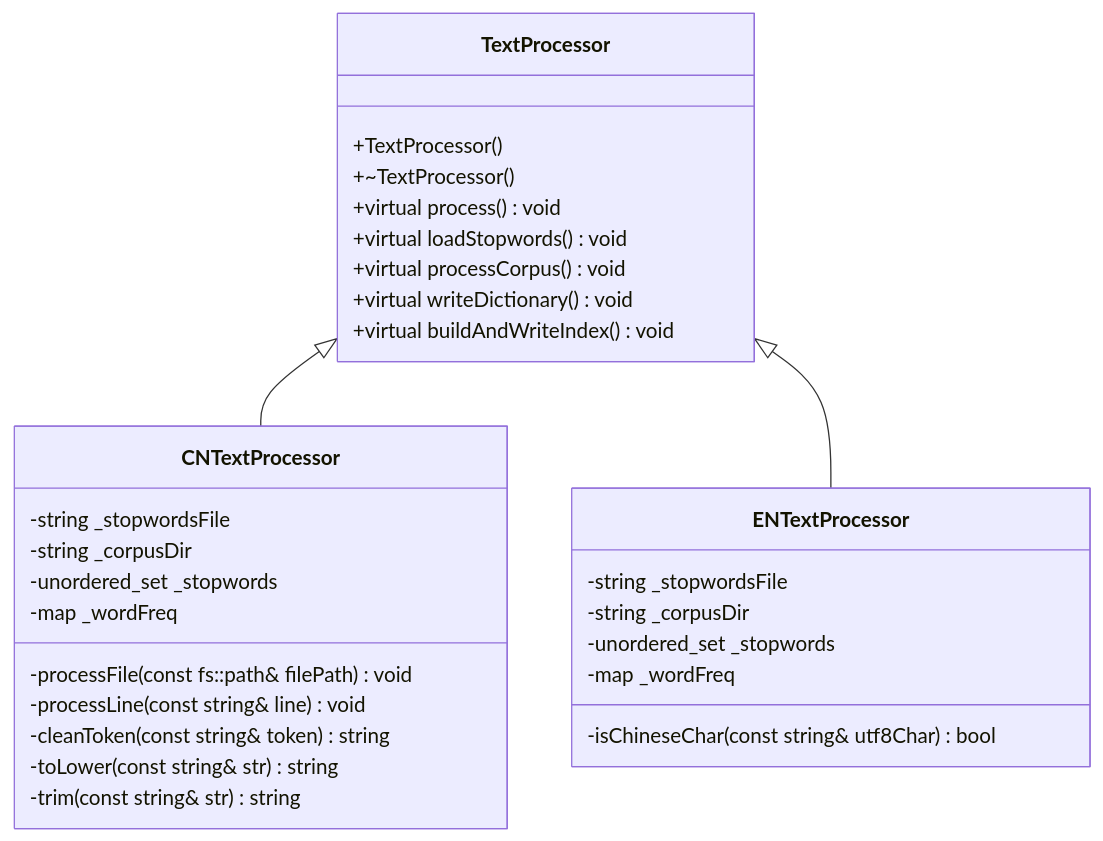
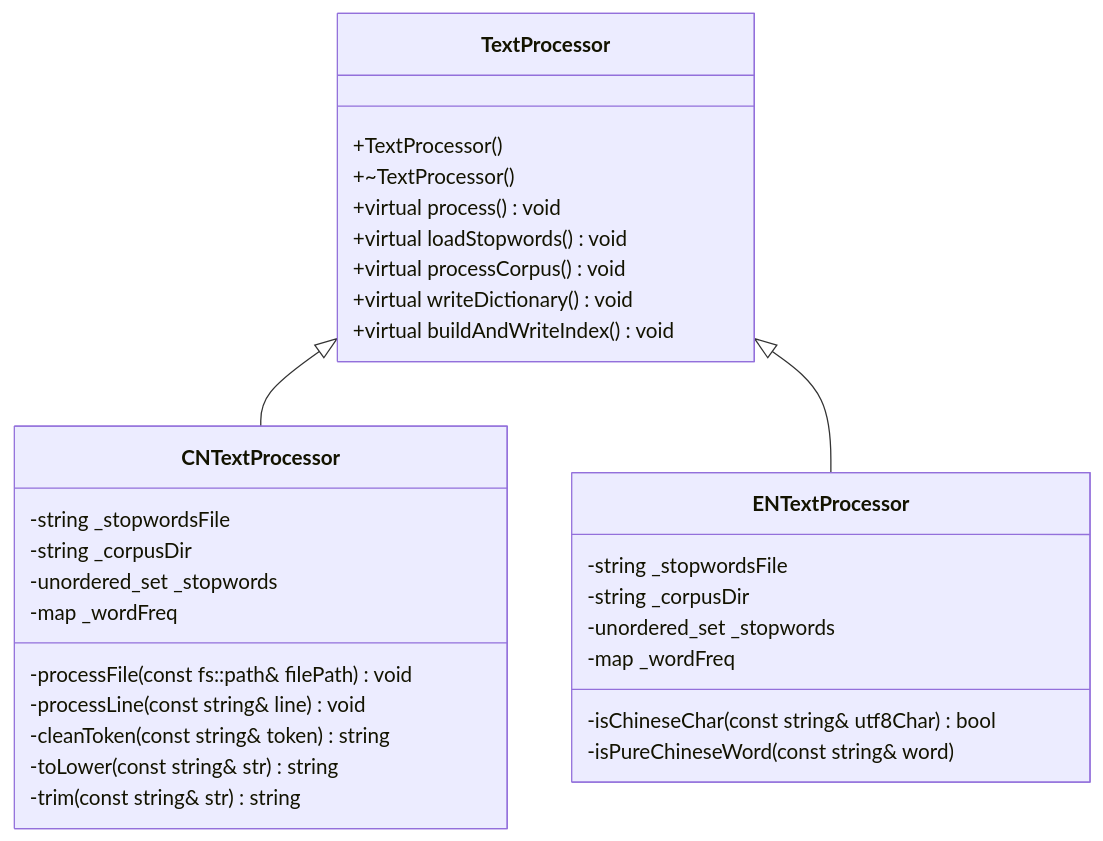
Before and after one commit to Jason-DancingBoy/iodraw-files: the diagram in all/未命名-1.md, drawn with Mermaid.

Commit message:
2026-01-02 21:21:12 update

````diff
--- a/all/未命名-1.md
+++ b/all/未命名-1.md
@@ -1,34 +1,35 @@
 ```mermaid
 classDiagram
     TextProcessor <|-- CNTextProcessor
     TextProcessor <|-- ENTextProcessor
     TextProcessor: +TextProcessor()
     TextProcessor: +~TextProcessor()
     TextProcessor: +virtual process() void
     TextProcessor: +virtual loadStopwords() void 
     TextProcessor: +virtual processCorpus() void
     TextProcessor: +virtual writeDictionary() void
     TextProcessor: +virtual buildAndWriteIndex() void
     class CNTextProcessor{
       -string _stopwordsFile
       -string _corpusDir
       -unordered_set<string> _stopwords
       -map<string, int> _wordFreq
       -processFile(const fs::path& filePath) void
       -processLine(const string& line) void 
       -cleanToken(const string& token) string
       -toLower(const string& str) string
       -trim(const string& str) string
     }
     class ENTextProcessor{
       -string _stopwordsFile
       -string _corpusDir
       -unordered_set<string> _stopwords
       -map<string, int> _wordFreq
       -isChineseChar(const string& utf8Char) bool
+      -isPureChineseWord(const string& word)
     }
     %%  string _stopwordsFile; // 存放停用词文件名
     %%  string _corpusDir; // 存放语料库目录
     %%  unordered_set<string> _stopwords; // 用来存放停用词
     %%  map<string, int> _wordFreq;
 ```
````
